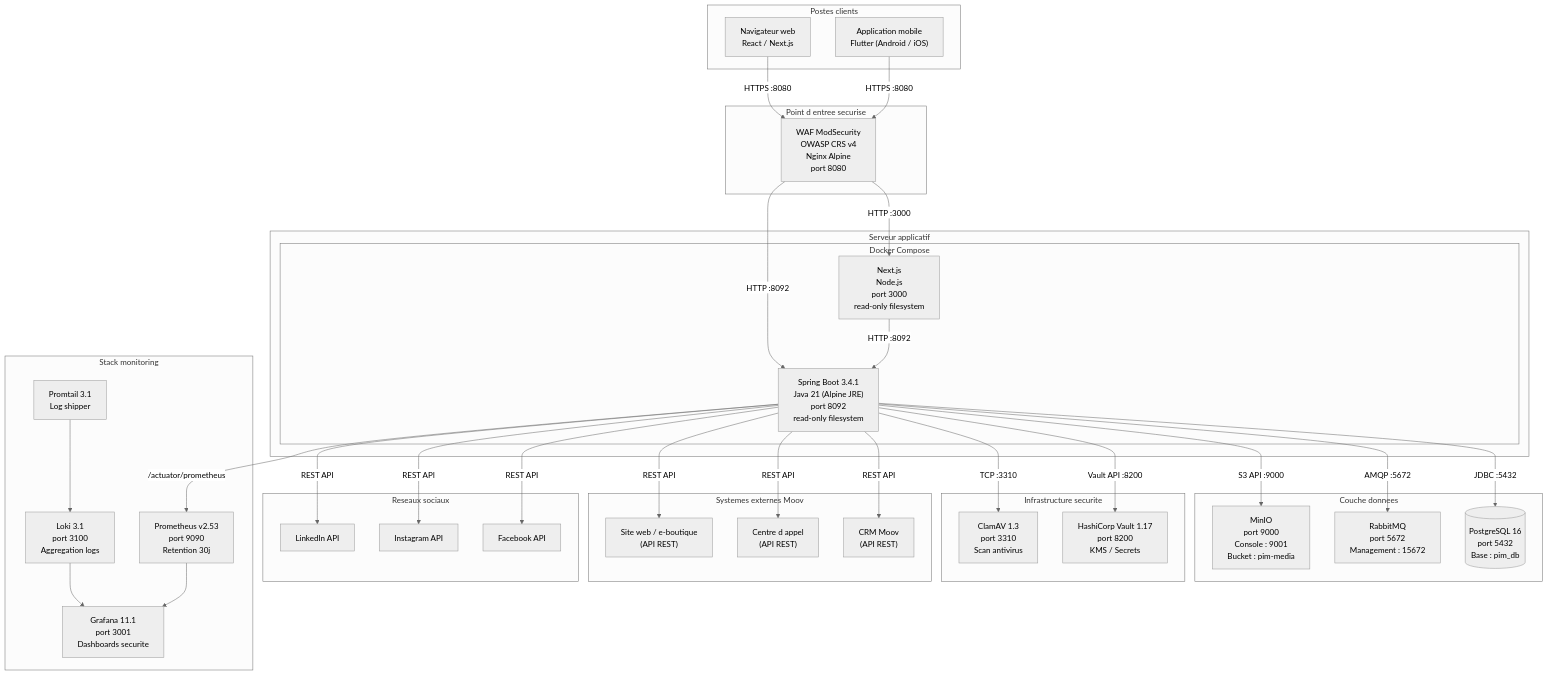
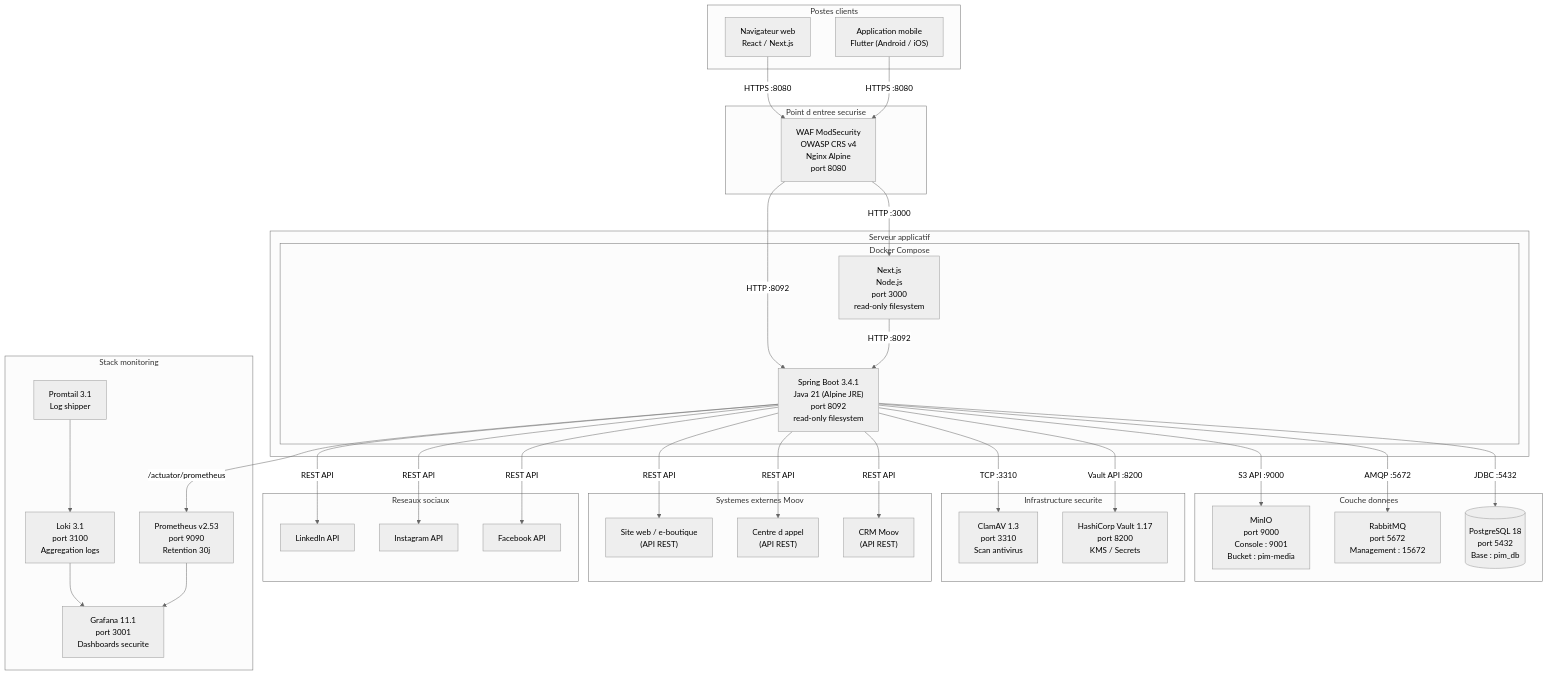
The first of 4 diagrams in uml/diagramme-deploiement.md (alpha65-web/-Moov-africa), drawn with Mermaid (neutral theme) before and after one commit. The commit also changed other lines of this file and 12 other files, not shown here.

````diff
--- a/uml/diagramme-deploiement.md
+++ b/uml/diagramme-deploiement.md
@@ -12,73 +12,73 @@
 ```mermaid
 graph TB
     subgraph clients["Postes clients"]
         BROWSER["Navigateur web<br/>React / Next.js"]
         SMARTPHONE["Application mobile<br/>Flutter (Android / iOS)"]
     end
 
     subgraph waf_layer["Point d entree securise"]
         WAF["WAF ModSecurity<br/>OWASP CRS v4<br/>Nginx Alpine<br/>port 8080"]
     end
 
     subgraph server["Serveur applicatif"]
         subgraph docker["Docker Compose"]
             SPRING["Spring Boot 3.4.1<br/>Java 21 (Alpine JRE)<br/>port 8092<br/>read-only filesystem"]
             NEXT["Next.js<br/>Node.js<br/>port 3000<br/>read-only filesystem"]
         end
     end
 
     subgraph data["Couche donnees"]
-        PG[("PostgreSQL 16<br/>port 5432<br/>Base : pim_db")]
+        PG[("PostgreSQL 18<br/>port 5432<br/>Base : pim_db")]
         RABBIT["RabbitMQ<br/>port 5672<br/>Management : 15672"]
         MINIO["MinIO<br/>port 9000<br/>Console : 9001<br/>Bucket : pim-media"]
     end
 
     subgraph security_infra["Infrastructure securite"]
         VAULT["HashiCorp Vault 1.17<br/>port 8200<br/>KMS / Secrets"]
         CLAMAV["ClamAV 1.3<br/>port 3310<br/>Scan antivirus"]
     end
 
     subgraph monitoring_infra["Stack monitoring"]
         PROM["Prometheus v2.53<br/>port 9090<br/>Retention 30j"]
         GRAFANA["Grafana 11.1<br/>port 3001<br/>Dashboards securite"]
         LOKI["Loki 3.1<br/>port 3100<br/>Aggregation logs"]
         PROMTAIL["Promtail 3.1<br/>Log shipper"]
     end
 
     subgraph external["Systemes externes Moov"]
         CRM["CRM Moov<br/>(API REST)"]
         CALLCENTER["Centre d appel<br/>(API REST)"]
         WEBSITE["Site web / e-boutique<br/>(API REST)"]
     end
 
     subgraph social["Reseaux sociaux"]
         FB["Facebook API"]
         IG["Instagram API"]
         LI["LinkedIn API"]
     end
 
     BROWSER -->|HTTPS :8080| WAF
     SMARTPHONE -->|HTTPS :8080| WAF
     WAF -->|HTTP :3000| NEXT
     WAF -->|HTTP :8092| SPRING
     NEXT -->|HTTP :8092| SPRING
 
     SPRING -->|JDBC :5432| PG
     SPRING -->|AMQP :5672| RABBIT
     SPRING -->|S3 API :9000| MINIO
     SPRING -->|Vault API :8200| VAULT
     SPRING -->|TCP :3310| CLAMAV
 
     SPRING -->|REST API| CRM
     SPRING -->|REST API| CALLCENTER
     SPRING -->|REST API| WEBSITE
 
     SPRING -->|REST API| FB
     SPRING -->|REST API| IG
     SPRING -->|REST API| LI
 
     SPRING -->|/actuator/prometheus| PROM
     PROM --> GRAFANA
     PROMTAIL --> LOKI
     LOKI --> GRAFANA
 ```
````
